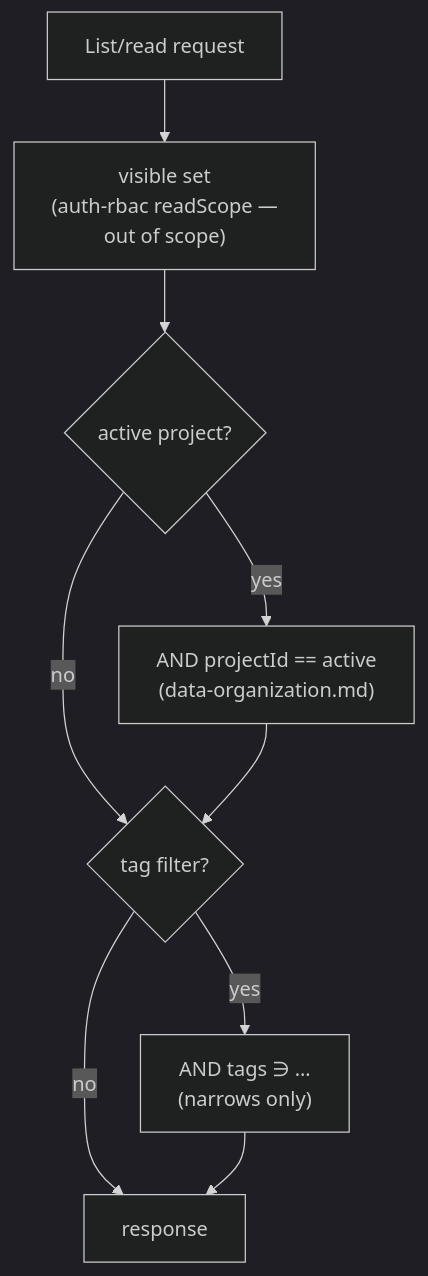
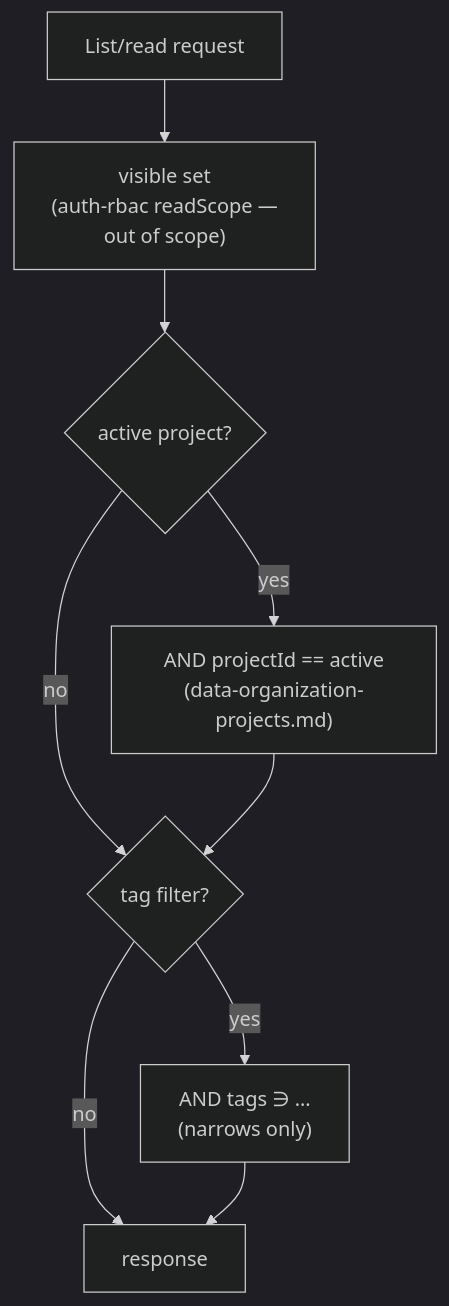
One commit to Gile987/scope changed the second of 3 diagrams in docs/architecture/data-tags.md. Above: the diagram before and after it, drawn with Mermaid (dark theme). The commit also changed other lines of this file and 2 other files, not shown here.

First line of the commit message:
docs: rename to data-organization-projects.md; projects are id-only

````diff
--- a/docs/architecture/data-tags.md
+++ b/docs/architecture/data-tags.md
@@ -119,11 +119,11 @@
 ```mermaid
 flowchart TB
     Q["List/read request"] --> V["visible set<br/>(auth-rbac readScope —<br/>out of scope)"]
     V --> P{"active project?"}
-    P -- yes --> PN["AND projectId == active<br/>(data-organization.md)"]
+    P -- yes --> PN["AND projectId == active<br/>(data-organization-projects.md)"]
     P -- no --> T{"tag filter?"}
     PN --> T
     T -- yes --> TF["AND tags ∋ …<br/>(narrows only)"]
     T -- no --> OUT["response"]
     TF --> OUT
 ```
````
